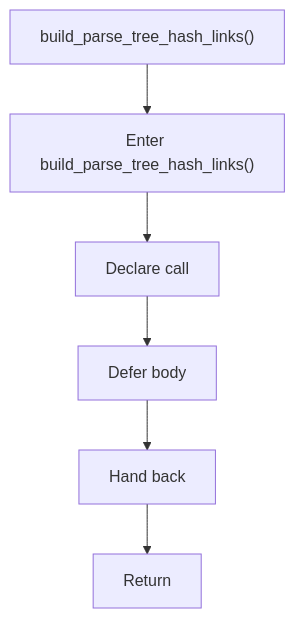
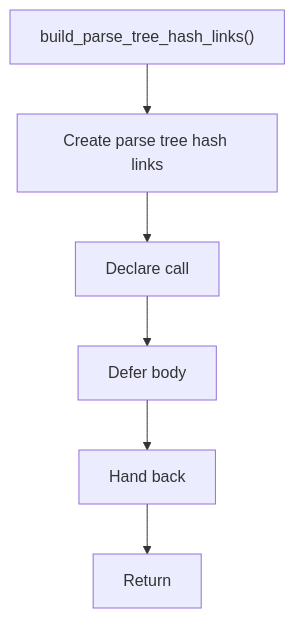
The diagram in docs/Codebase/Microservice/Modules/Header/SyntacticBrokenAST/HashingMechanism/HashLinks/Flow/functions/build_parse_tree_hash_links.hpp.md (JohnAndrewBalbarosa/NeoTerritory), drawn with Mermaid before and after one commit. The commit also changed other lines of this file and 925 other files, not shown here.

````diff
--- a/docs/Codebase/Microservice/Modules/Header/SyntacticBrokenAST/HashingMechanism/HashLinks/Flow/functions/build_parse_tree_hash_links.hpp.md
+++ b/docs/Codebase/Microservice/Modules/Header/SyntacticBrokenAST/HashingMechanism/HashLinks/Flow/functions/build_parse_tree_hash_links.hpp.md
@@ -16,14 +16,14 @@
 ```mermaid
 flowchart TD
     Start["build_parse_tree_hash_links()"]
-    N0["Enter build_parse_tree_hash_links()"]
+    N0["Create parse tree hash links"]
     N1["Declare call"]
     N2["Defer body"]
     N3["Hand back"]
     End["Return"]
     Start --> N0
     N0 --> N1
     N1 --> N2
     N2 --> N3
     N3 --> End
 ```
````
